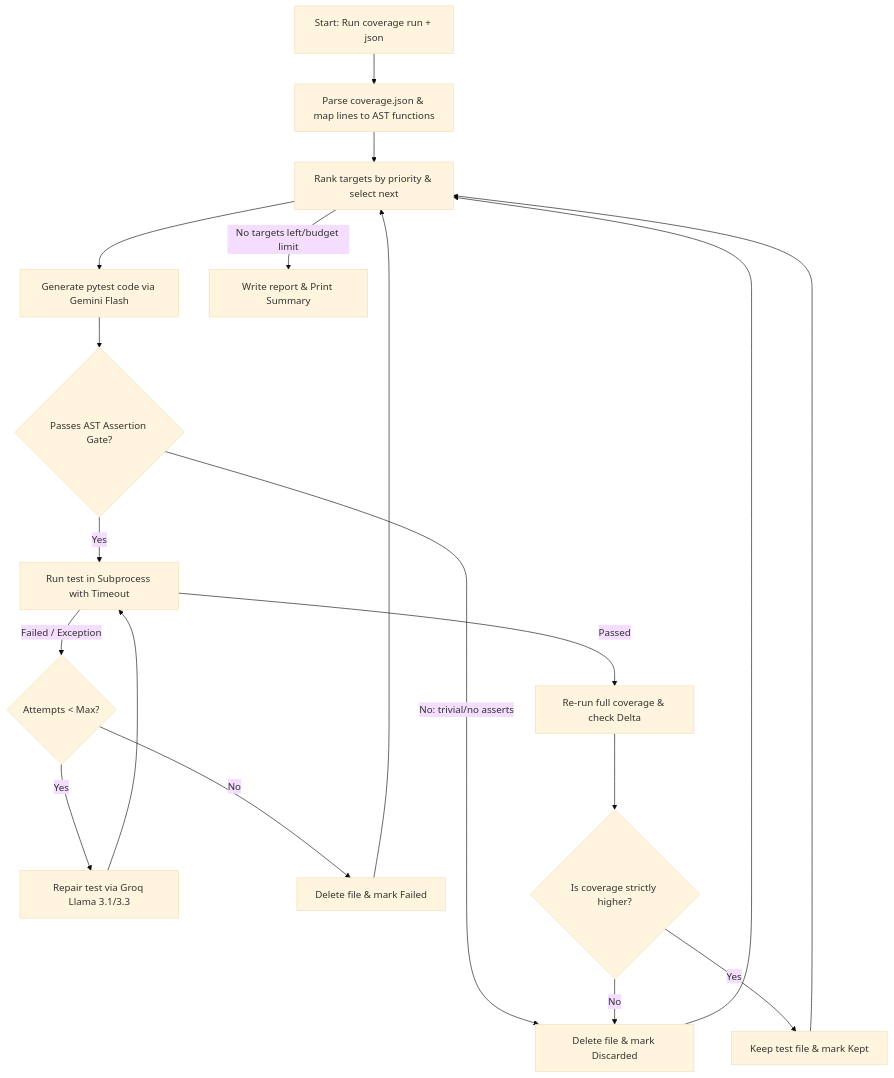
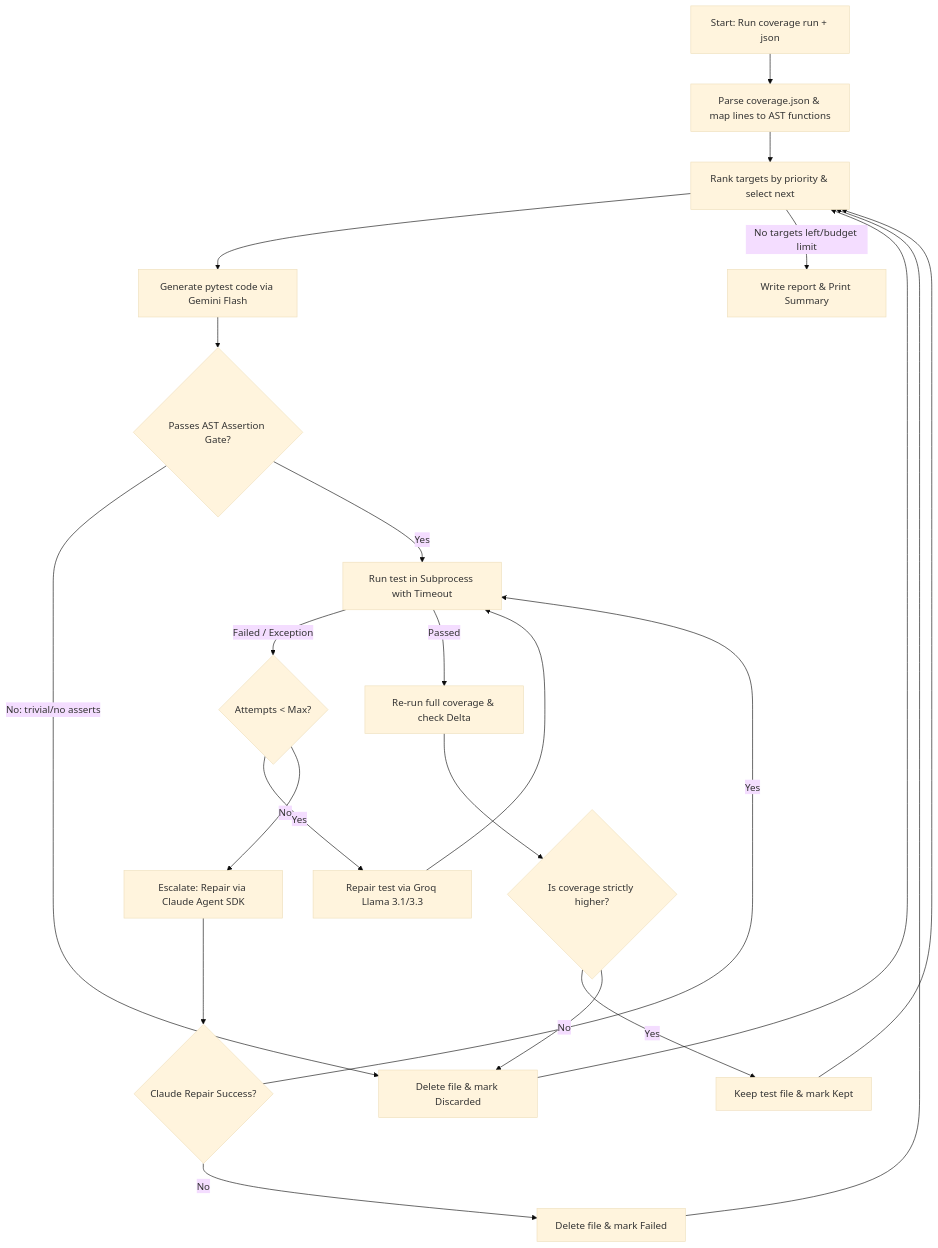
Before and after one commit to parthiv-2006/Reflecta-Ai-Agent: the diagram in README.md, drawn with Mermaid (base theme). The commit also changed other lines of this file, not shown here.

Commit message:
docs: add Claude escalation details to README

````diff
--- a/README.md
+++ b/README.md
@@ -18,20 +18,23 @@
 ```mermaid
 graph TD
     A[Start: Run coverage run + json] --> B[Parse coverage.json & map lines to AST functions]
     B --> C[Rank targets by priority & select next]
     C --> D[Generate pytest code via Gemini Flash]
     D --> E{Passes AST Assertion Gate?}
     E -- No: trivial/no asserts --> F[Delete file & mark Discarded]
     E -- Yes --> G[Run test in Subprocess with Timeout]
     G -- Failed / Exception --> H{Attempts < Max?}
     H -- Yes --> I[Repair test via Groq Llama 3.1/3.3] --> G
-    H -- No --> J[Delete file & mark Failed]
+    H -- No --> O[Escalate: Repair via Claude Agent SDK]
+    O --> P{Claude Repair Success?}
+    P -- Yes --> G
+    P -- No --> J[Delete file & mark Failed]
     G -- Passed --> K[Re-run full coverage & check Delta]
     K --> L{Is coverage strictly higher?}
     L -- Yes --> M[Keep test file & mark Kept]
     L -- No --> F
     M --> C
     F --> C
     J --> C
     C -- No targets left/budget limit --> N[Write report & Print Summary]
 ```
````
